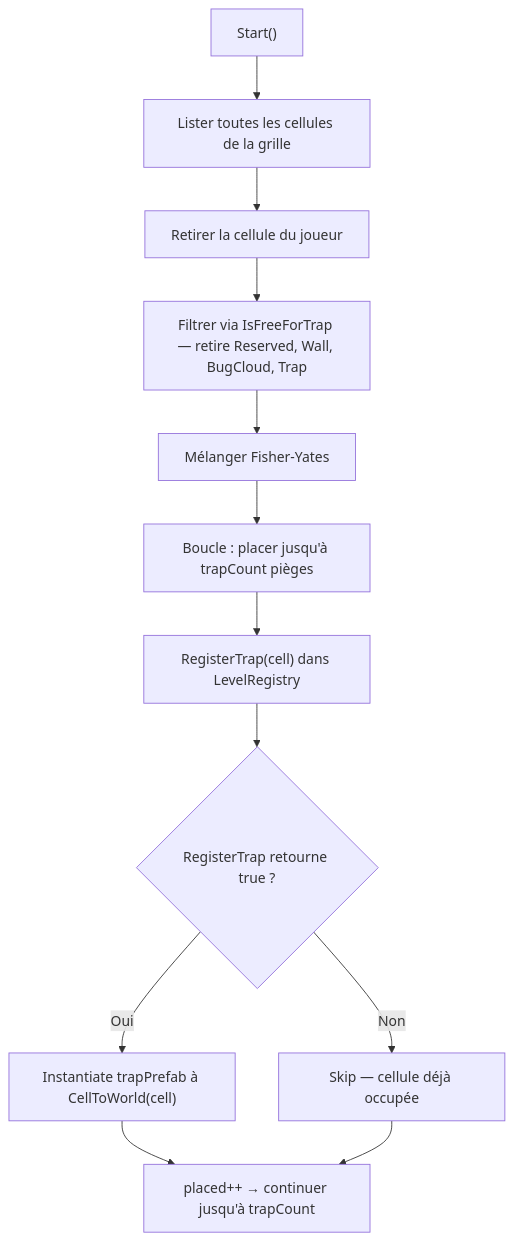
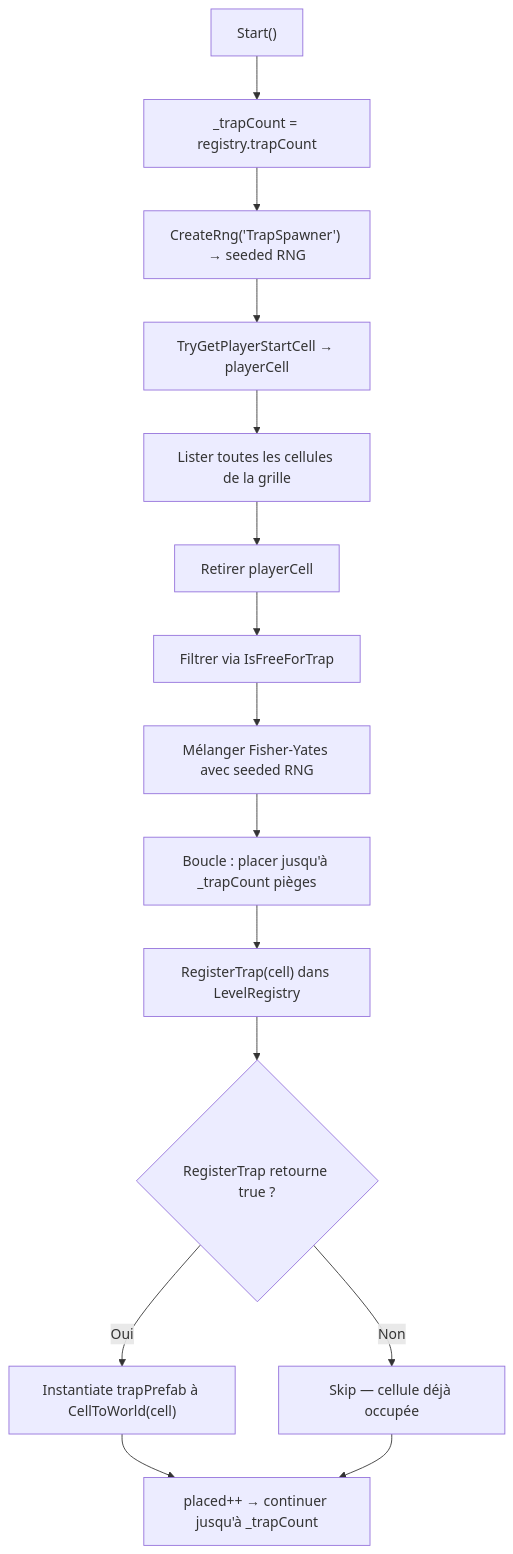
The fourth of 13 diagrams in Docs/TDD.md (PierreChagnon/BUGS), drawn with Mermaid before and after one commit. The commit also changed other lines of this file, not shown here.

````diff
--- a/Docs/TDD.md
+++ b/Docs/TDD.md
@@ -425,14 +462,17 @@
 ```mermaid
 graph TD
-    A["Start()"] --> B["Lister toutes les cellules de la grille"]
-    B --> C["Retirer la cellule du joueur"]
-    C --> D["Filtrer via IsFreeForTrap — retire Reserved, Wall, BugCloud, Trap"]
-    D --> E["Mélanger Fisher-Yates"]
-    E --> F["Boucle : placer jusqu'à trapCount pièges"]
-    F --> G["RegisterTrap(cell) dans LevelRegistry"]
-    G --> H{RegisterTrap retourne true ?}
-    H -->|Oui| I["Instantiate trapPrefab à CellToWorld(cell)"]
-    H -->|Non| J[Skip — cellule déjà occupée]
-    I --> K["placed++ → continuer jusqu'à trapCount"]
-    J --> K
+    A["Start()"] --> A1["_trapCount = registry.trapCount"]
+    A1 --> A2["CreateRng('TrapSpawner') → seeded RNG"]
+    A2 --> B["TryGetPlayerStartCell → playerCell"]
+    B --> C["Lister toutes les cellules de la grille"]
+    C --> D["Retirer playerCell"]
+    D --> E["Filtrer via IsFreeForTrap"]
+    E --> F["Mélanger Fisher-Yates avec seeded RNG"]
+    F --> G["Boucle : placer jusqu'à _trapCount pièges"]
+    G --> H["RegisterTrap(cell) dans LevelRegistry"]
+    H --> I{RegisterTrap retourne true ?}
+    I -->|Oui| J["Instantiate trapPrefab à CellToWorld(cell)"]
+    I -->|Non| K[Skip — cellule déjà occupée]
+    J --> L["placed++ → continuer jusqu'à _trapCount"]
+    K --> L
 ```
````
